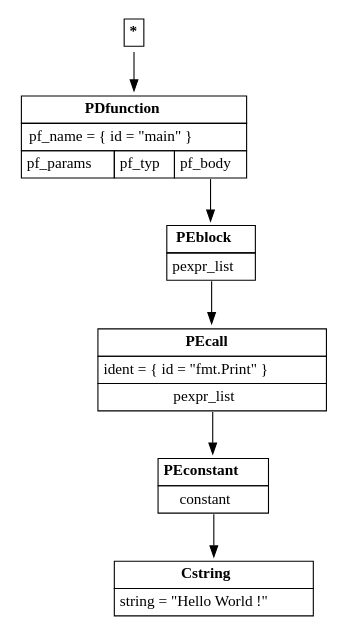
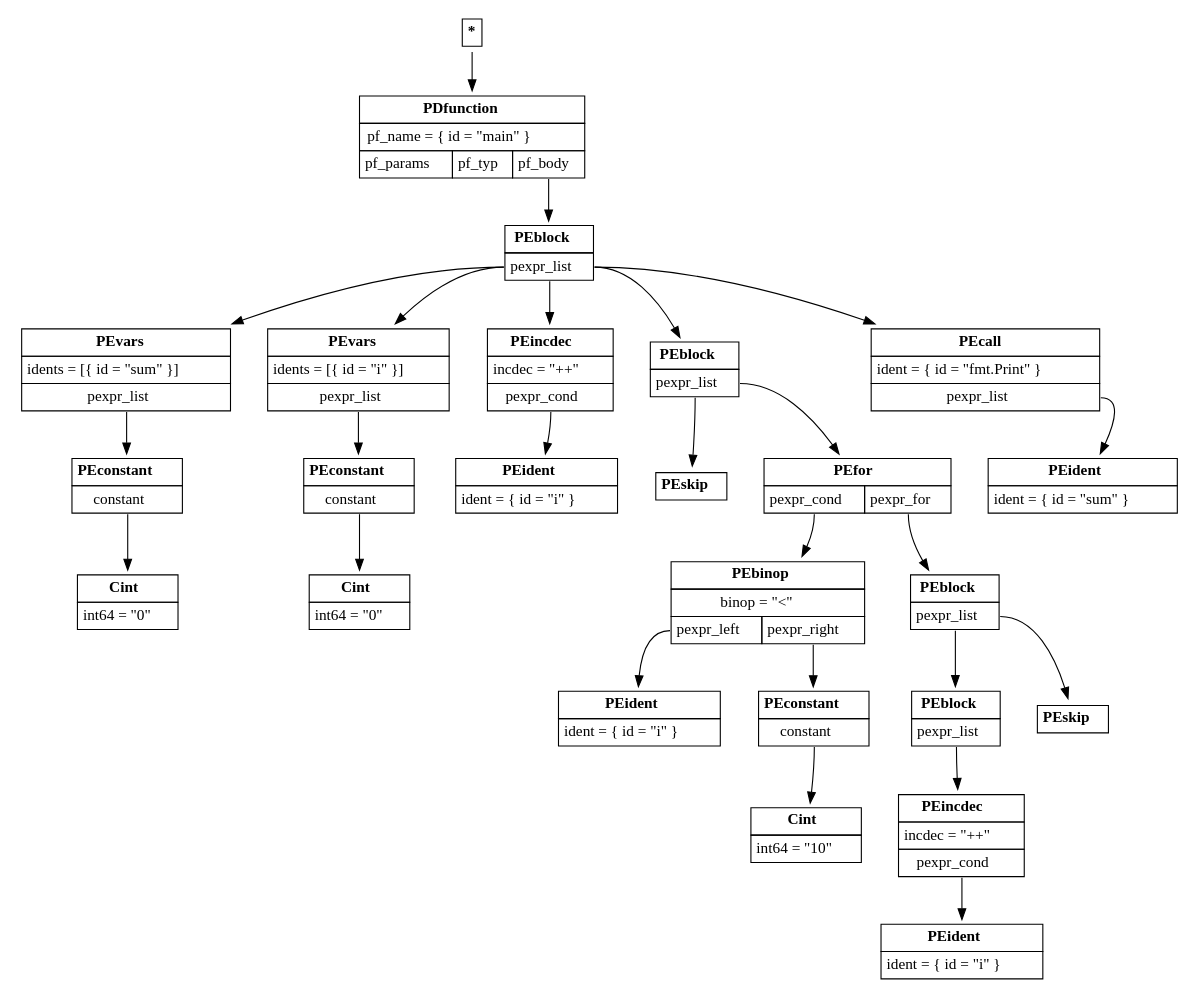
Before and after one commit to AirWann/PROGONE: the diagram in source/test_ast.dot, drawn with Graphviz. The commit also changed 37 other files, not shown here.

```diff
--- a/source/test_ast.dot
+++ b/source/test_ast.dot
@@ -1,14 +1,52 @@
 digraph ast {
 node [shape=plaintext];
 root [label=<<table border='0' cellborder='1' cellspacing='0' cellpadding='4'><tr ><td colspan = '1'><b >*</b></td></tr></table>>]
 PDfunction_1 [label=<<table border='0' cellborder='1' cellspacing='0' cellpadding='4'><tr ><td colspan = '3'><b >PDfunction</b></td></tr><tr ><td colspan = '3'>pf_name = { id = "main" }</td></tr><tr ><td port='pf_params'>pf_params</td><td port='pf_typ'>pf_typ</td><td port='pf_body'>pf_body</td></tr></table>>]
 root -> PDfunction_1
 PEblock_2 [label=<<table border='0' cellborder='1' cellspacing='0' cellpadding='4'><tr ><td colspan = '1'><b >PEblock</b></td></tr><tr ><td port='pexpr_list'>pexpr_list</td></tr></table>>]
 PDfunction_1:pf_body -> PEblock_2
-PEcall_3 [label=<<table border='0' cellborder='1' cellspacing='0' cellpadding='4'><tr ><td colspan = '1'><b >PEcall</b></td></tr><tr ><td colspan = '1'>ident = { id = "fmt.Print" }</td></tr><tr ><td port='pexpr_list'>pexpr_list</td></tr></table>>]
-PEblock_2:pexpr_list -> PEcall_3
+PEvars_3 [label=<<table border='0' cellborder='1' cellspacing='0' cellpadding='4'><tr ><td colspan = '1'><b >PEvars</b></td></tr><tr ><td colspan = '1'>idents = [{ id = "sum" }]</td></tr><tr ><td port='pexpr_list'>pexpr_list</td></tr></table>>]
+PEblock_2:pexpr_list -> PEvars_3
 PEconstant_4 [label=<<table border='0' cellborder='1' cellspacing='0' cellpadding='4'><tr ><td colspan = '1'><b >PEconstant</b></td></tr><tr ><td port='constant'>constant</td></tr></table>>]
-PEcall_3:pexpr_list -> PEconstant_4
-Cstring_5 [label=<<table border='0' cellborder='1' cellspacing='0' cellpadding='4'><tr ><td colspan = '1'><b >Cstring</b></td></tr><tr ><td colspan = '1'>string = "Hello World !"</td></tr></table>>]
-PEconstant_4:constant -> Cstring_5
+PEvars_3:pexpr_list -> PEconstant_4
+Cint_5 [label=<<table border='0' cellborder='1' cellspacing='0' cellpadding='4'><tr ><td colspan = '1'><b >Cint</b></td></tr><tr ><td colspan = '1'>int64 = "0"</td></tr></table>>]
+PEconstant_4:constant -> Cint_5
+PEvars_6 [label=<<table border='0' cellborder='1' cellspacing='0' cellpadding='4'><tr ><td colspan = '1'><b >PEvars</b></td></tr><tr ><td colspan = '1'>idents = [{ id = "i" }]</td></tr><tr ><td port='pexpr_list'>pexpr_list</td></tr></table>>]
+PEblock_2:pexpr_list -> PEvars_6
+PEconstant_7 [label=<<table border='0' cellborder='1' cellspacing='0' cellpadding='4'><tr ><td colspan = '1'><b >PEconstant</b></td></tr><tr ><td port='constant'>constant</td></tr></table>>]
+PEvars_6:pexpr_list -> PEconstant_7
+Cint_8 [label=<<table border='0' cellborder='1' cellspacing='0' cellpadding='4'><tr ><td colspan = '1'><b >Cint</b></td></tr><tr ><td colspan = '1'>int64 = "0"</td></tr></table>>]
+PEconstant_7:constant -> Cint_8
+PEincdec_9 [label=<<table border='0' cellborder='1' cellspacing='0' cellpadding='4'><tr ><td colspan = '1'><b >PEincdec</b></td></tr><tr ><td colspan = '1'>incdec = "++"</td></tr><tr ><td port='pexpr_cond'>pexpr_cond</td></tr></table>>]
+PEblock_2:pexpr_list -> PEincdec_9
+PEident_10 [label=<<table border='0' cellborder='1' cellspacing='0' cellpadding='4'><tr ><td colspan = '1'><b >PEident</b></td></tr><tr ><td colspan = '1'>ident = { id = "i" }</td></tr></table>>]
+PEincdec_9:pexpr_cond -> PEident_10
+PEblock_11 [label=<<table border='0' cellborder='1' cellspacing='0' cellpadding='4'><tr ><td colspan = '1'><b >PEblock</b></td></tr><tr ><td port='pexpr_list'>pexpr_list</td></tr></table>>]
+PEblock_2:pexpr_list -> PEblock_11
+PEskip_12 [label=<<table border='0' cellborder='1' cellspacing='0' cellpadding='4'><tr ><td colspan = '1'><b >PEskip</b></td></tr></table>>]
+PEblock_11:pexpr_list -> PEskip_12
+PEfor_13 [label=<<table border='0' cellborder='1' cellspacing='0' cellpadding='4'><tr ><td colspan = '2'><b >PEfor</b></td></tr><tr ><td port='pexpr_cond'>pexpr_cond</td><td port='pexpr_for'>pexpr_for</td></tr></table>>]
+PEblock_11:pexpr_list -> PEfor_13
+PEbinop_14 [label=<<table border='0' cellborder='1' cellspacing='0' cellpadding='4'><tr ><td colspan = '2'><b >PEbinop</b></td></tr><tr ><td colspan = '2'>binop = "&lt;"</td></tr><tr ><td port='pexpr_left'>pexpr_left</td><td port='pexpr_right'>pexpr_right</td></tr></table>>]
+PEfor_13:pexpr_cond -> PEbinop_14
+PEident_15 [label=<<table border='0' cellborder='1' cellspacing='0' cellpadding='4'><tr ><td colspan = '1'><b >PEident</b></td></tr><tr ><td colspan = '1'>ident = { id = "i" }</td></tr></table>>]
+PEbinop_14:pexpr_left -> PEident_15
+PEconstant_16 [label=<<table border='0' cellborder='1' cellspacing='0' cellpadding='4'><tr ><td colspan = '1'><b >PEconstant</b></td></tr><tr ><td port='constant'>constant</td></tr></table>>]
+PEbinop_14:pexpr_right -> PEconstant_16
+Cint_17 [label=<<table border='0' cellborder='1' cellspacing='0' cellpadding='4'><tr ><td colspan = '1'><b >Cint</b></td></tr><tr ><td colspan = '1'>int64 = "10"</td></tr></table>>]
+PEconstant_16:constant -> Cint_17
+PEblock_18 [label=<<table border='0' cellborder='1' cellspacing='0' cellpadding='4'><tr ><td colspan = '1'><b >PEblock</b></td></tr><tr ><td port='pexpr_list'>pexpr_list</td></tr></table>>]
+PEfor_13:pexpr_for -> PEblock_18
+PEblock_19 [label=<<table border='0' cellborder='1' cellspacing='0' cellpadding='4'><tr ><td colspan = '1'><b >PEblock</b></td></tr><tr ><td port='pexpr_list'>pexpr_list</td></tr></table>>]
+PEblock_18:pexpr_list -> PEblock_19
+PEincdec_20 [label=<<table border='0' cellborder='1' cellspacing='0' cellpadding='4'><tr ><td colspan = '1'><b >PEincdec</b></td></tr><tr ><td colspan = '1'>incdec = "++"</td></tr><tr ><td port='pexpr_cond'>pexpr_cond</td></tr></table>>]
+PEblock_19:pexpr_list -> PEincdec_20
+PEident_21 [label=<<table border='0' cellborder='1' cellspacing='0' cellpadding='4'><tr ><td colspan = '1'><b >PEident</b></td></tr><tr ><td colspan = '1'>ident = { id = "i" }</td></tr></table>>]
+PEincdec_20:pexpr_cond -> PEident_21
+PEskip_22 [label=<<table border='0' cellborder='1' cellspacing='0' cellpadding='4'><tr ><td colspan = '1'><b >PEskip</b></td></tr></table>>]
+PEblock_18:pexpr_list -> PEskip_22
+PEcall_23 [label=<<table border='0' cellborder='1' cellspacing='0' cellpadding='4'><tr ><td colspan = '1'><b >PEcall</b></td></tr><tr ><td colspan = '1'>ident = { id = "fmt.Print" }</td></tr><tr ><td port='pexpr_list'>pexpr_list</td></tr></table>>]
+PEblock_2:pexpr_list -> PEcall_23
+PEident_24 [label=<<table border='0' cellborder='1' cellspacing='0' cellpadding='4'><tr ><td colspan = '1'><b >PEident</b></td></tr><tr ><td colspan = '1'>ident = { id = "sum" }</td></tr></table>>]
+PEcall_23:pexpr_list -> PEident_24
 }
```
